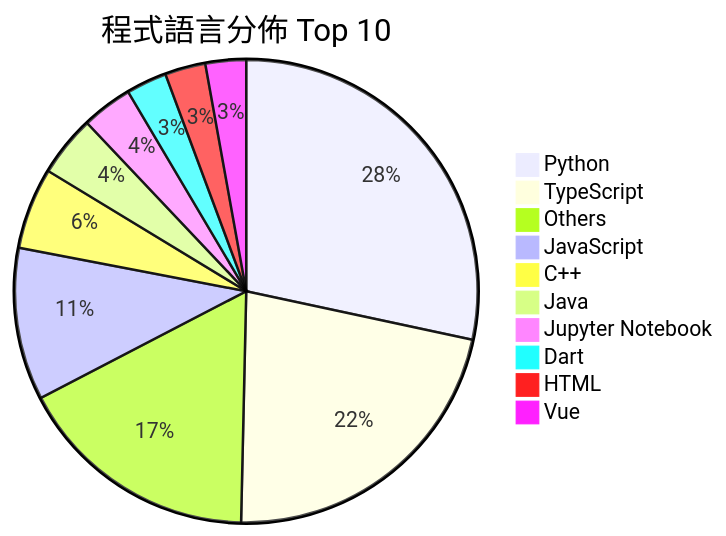
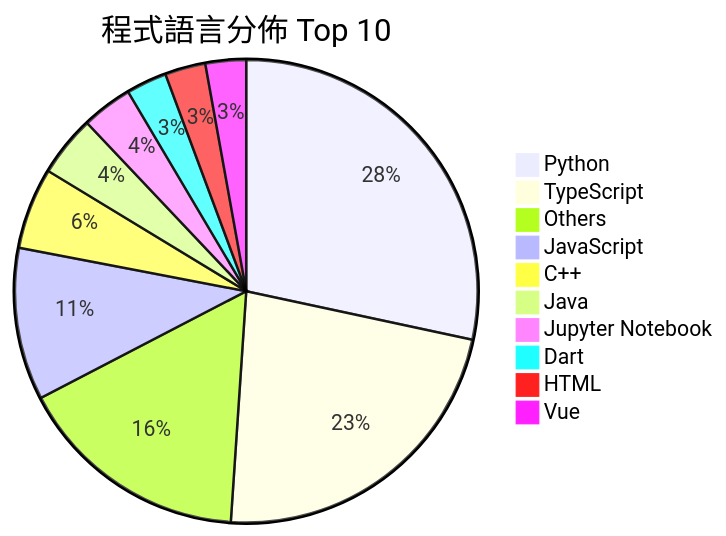
Before and after one commit to Andy87877/GitHub-Star-Manager: the second of 2 diagrams in README.md, drawn with Mermaid. The commit also changed other lines of this file and 3 other files, not shown here.

````diff
--- a/README.md
+++ b/README.md
@@ -27,13 +27,13 @@
 ```mermaid
 pie title 程式語言分佈 Top 10
     "Python" : 40
-    "TypeScript" : 31
-    "Others" : 24
+    "TypeScript" : 32
+    "Others" : 23
     "JavaScript" : 15
     "C++" : 8
     "Java" : 6
     "Jupyter Notebook" : 5
     "Dart" : 4
     "HTML" : 4
     "Vue" : 4
 ```
````
